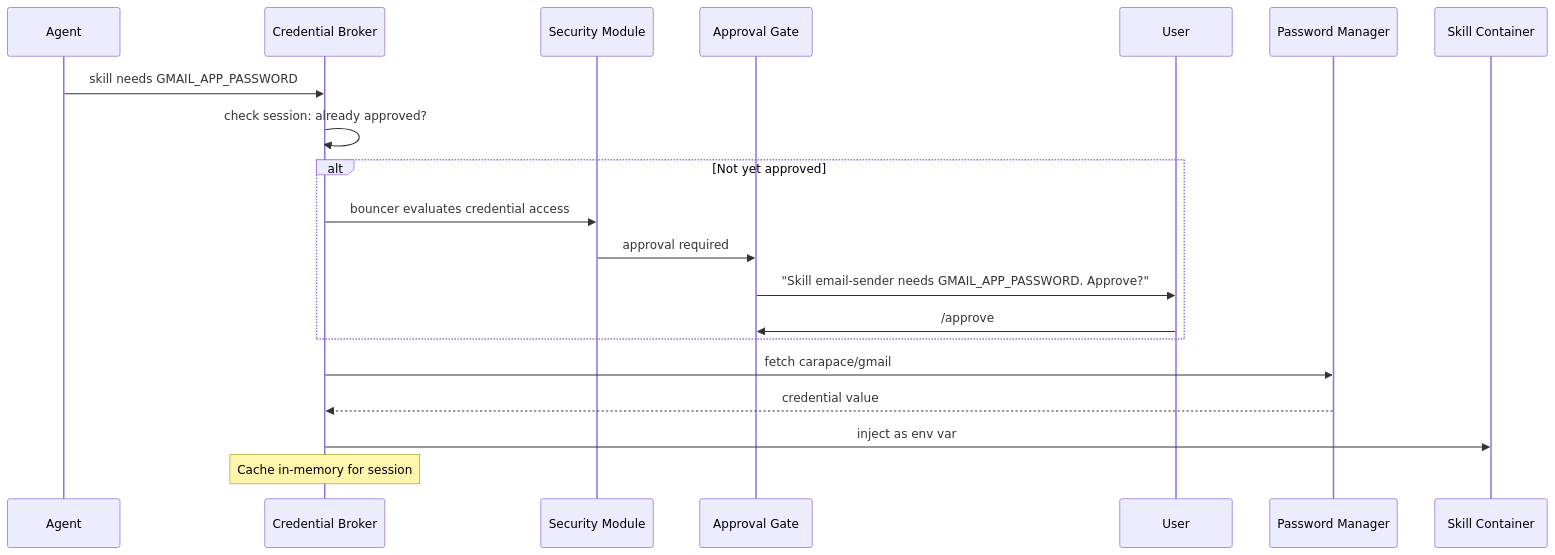
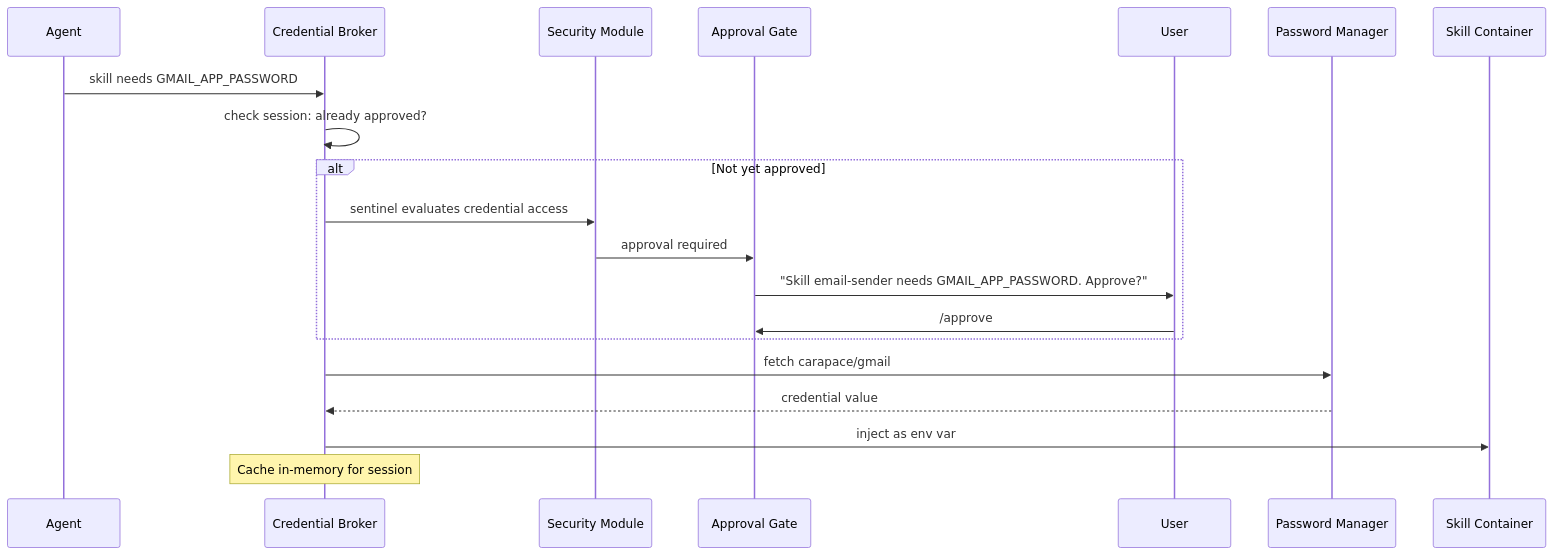
One commit to thiesgerken/carapace changed the diagram in docs/credentials.md. Above: the diagram before and after it, drawn with Mermaid. The commit also changed other lines of this file and 21 other files, not shown here.

Commit message:
✨ Rename Bouncer to Sentinel

````diff
--- a/docs/credentials.md
+++ b/docs/credentials.md
@@ -35,25 +35,25 @@
 ```mermaid
 sequenceDiagram
     participant Agent
     participant CredBroker as Credential Broker
     participant Security as Security Module
     participant Gate as Approval Gate
     participant User
     participant Vault as Password Manager
     participant Container as Skill Container
 
     Agent->>CredBroker: skill needs GMAIL_APP_PASSWORD
     CredBroker->>CredBroker: check session: already approved?
 
     alt Not yet approved
-        CredBroker->>Security: bouncer evaluates credential access
+        CredBroker->>Security: sentinel evaluates credential access
         Security->>Gate: approval required
         Gate->>User: "Skill email-sender needs GMAIL_APP_PASSWORD. Approve?"
         User->>Gate: /approve
     end
 
     CredBroker->>Vault: fetch carapace/gmail
     Vault-->>CredBroker: credential value
     CredBroker->>Container: inject as env var
     Note over CredBroker: Cache in-memory for session
 ```
````
